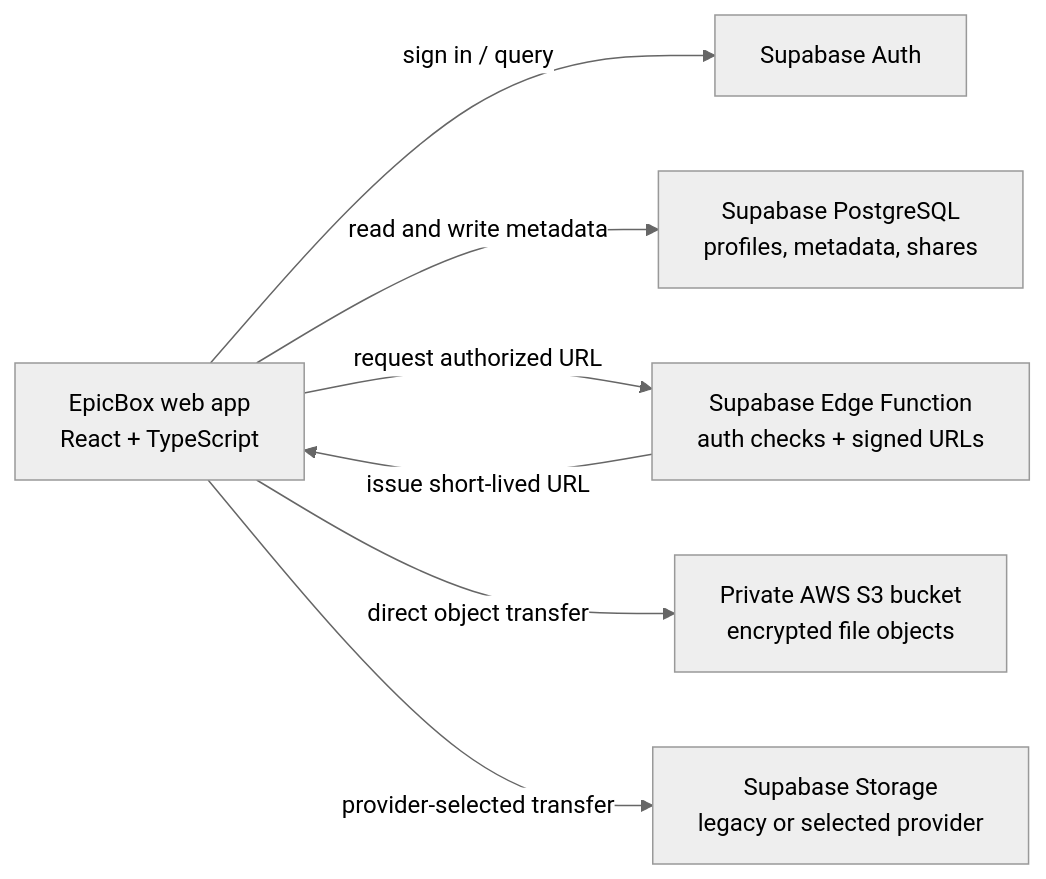
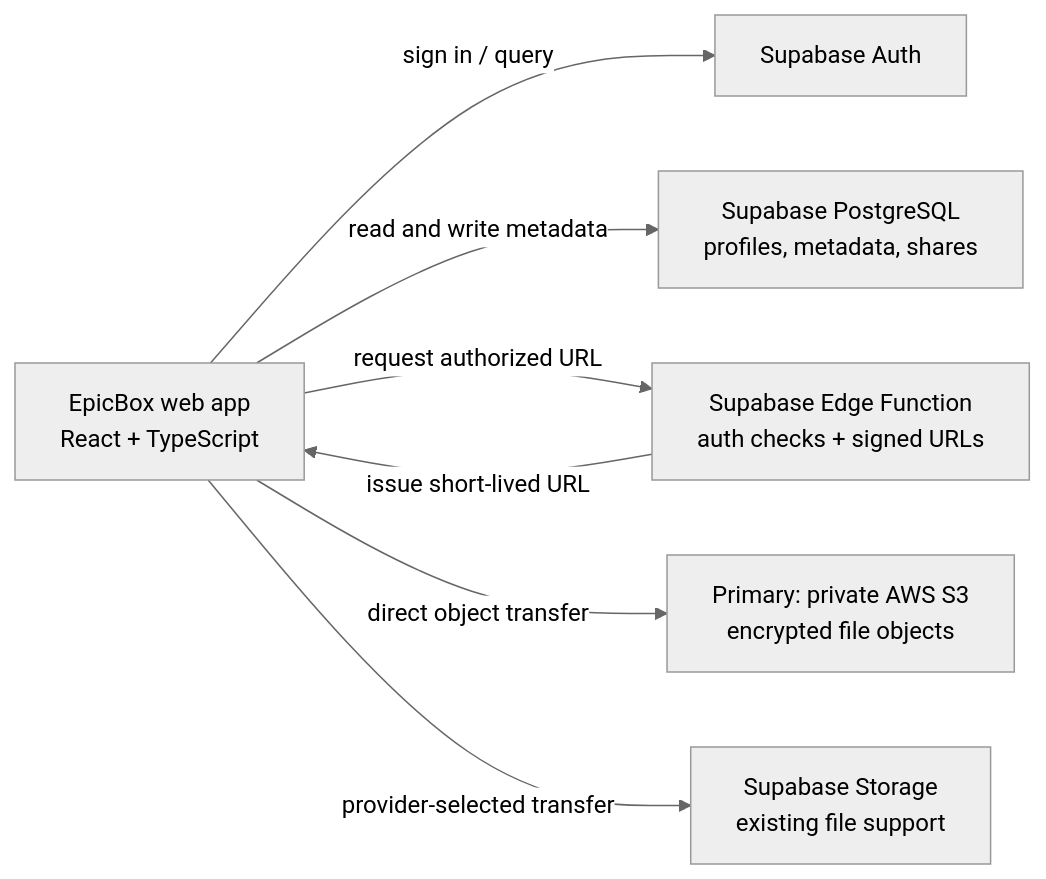
One commit to Deepparmar07/Epicbox changed the diagram in README.md. Above: the diagram before and after it, drawn with Mermaid (neutral theme). The commit also changed other lines of this file, not shown here.

First line of the commit message:
Document S3 as EpicBox primary storage

````diff
--- a/README.md
+++ b/README.md
@@ -67,16 +68,16 @@
 ```mermaid
 flowchart LR
     Browser["EpicBox web app<br/>React + TypeScript"]
     Auth["Supabase Auth"]
     DB["Supabase PostgreSQL<br/>profiles, metadata, shares"]
     Edge["Supabase Edge Function<br/>auth checks + signed URLs"]
-    S3["Private AWS S3 bucket<br/>encrypted file objects"]
-    SupaStorage["Supabase Storage<br/>legacy or selected provider"]
+    S3["Primary: private AWS S3<br/>encrypted file objects"]
+    SupaStorage["Supabase Storage<br/>existing file support"]
 
     Browser -->|"sign in / query"| Auth
     Browser -->|"read and write metadata"| DB
     Browser -->|"request authorized URL"| Edge
     Edge -->|"issue short-lived URL"| Browser
     Browser -->|"direct object transfer"| S3
     Browser -->|"provider-selected transfer"| SupaStorage
 ```
````
